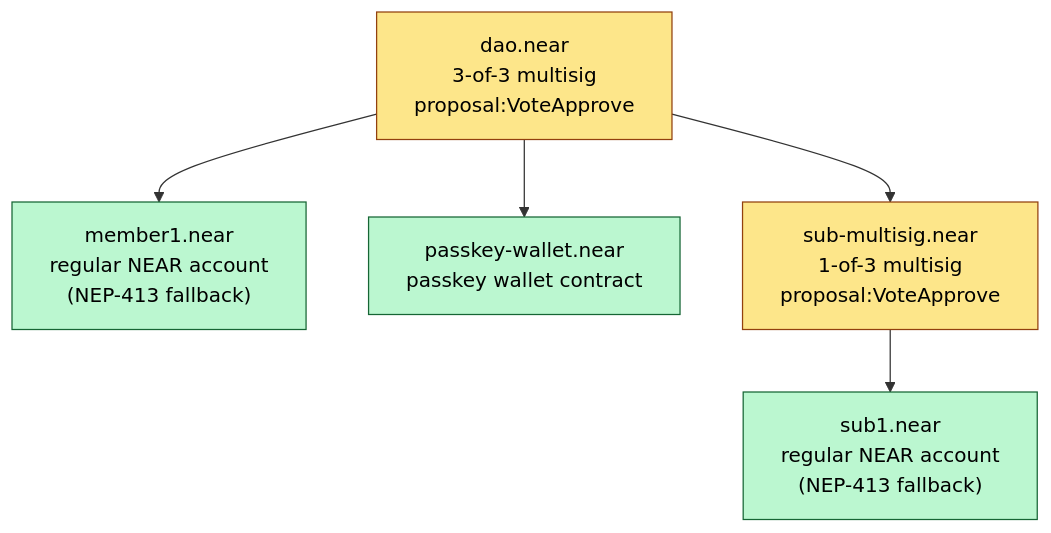
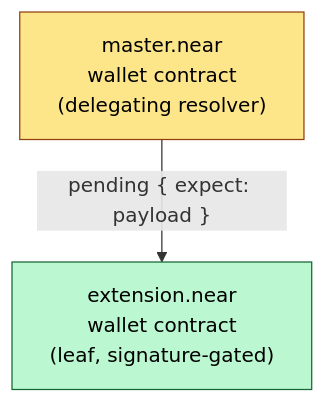
The second of 3 diagrams in neps/nep-0641.md (near/NEPs), drawn with Mermaid before and after one commit. The commit also changed other lines of this file, not shown here.

````diff
--- a/neps/nep-0641.md
+++ b/neps/nep-0641.md
@@ -538,21 +523,10 @@
 ```mermaid
 flowchart TD
-    Root["dao.near<br/>3-of-3 multisig<br/>proposal:VoteApprove"]
+    Root["master.near<br/>wallet contract<br/>(delegating resolver)"]
+    Ext["extension.near<br/>wallet contract<br/>(leaf, signature-gated)"]
 
-    M1["member1.near<br/>regular NEAR account<br/>(NEP-413 fallback)"]
-    M2["passkey-wallet.near<br/>passkey wallet contract"]
-    M3["sub-multisig.near<br/>1-of-3 multisig<br/>proposal:VoteApprove"]
-
-    S1["sub1.near<br/>regular NEAR account<br/>(NEP-413 fallback)"]
-
-    Root --> M1
-    Root --> M2
-    Root --> M3
-    M3 --> S1
+    Root -- "pending { expect: payload }" --> Ext
 
     style Root fill:#fde68a,color:#000,stroke:#92400e
-    style M3 fill:#fde68a,color:#000,stroke:#92400e
-    style M1 fill:#bbf7d0,color:#000,stroke:#166534
-    style M2 fill:#bbf7d0,color:#000,stroke:#166534
-    style S1 fill:#bbf7d0,color:#000,stroke:#166534
+    style Ext fill:#bbf7d0,color:#000,stroke:#166534
 ```
````
